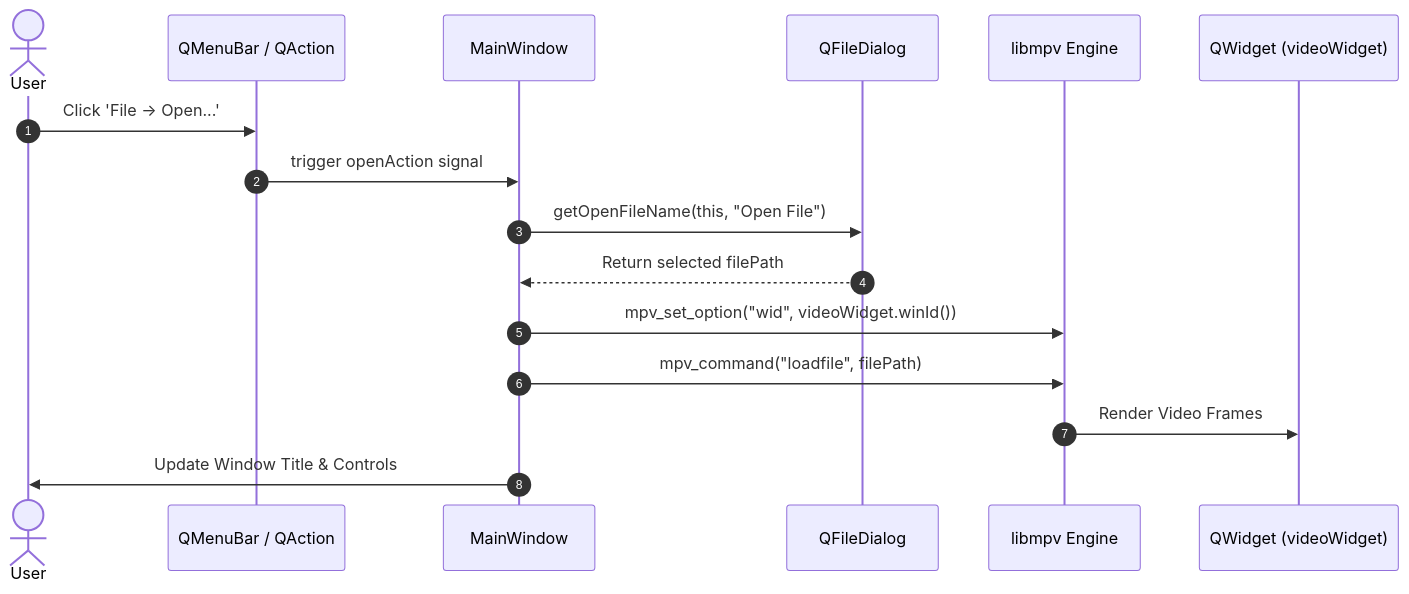
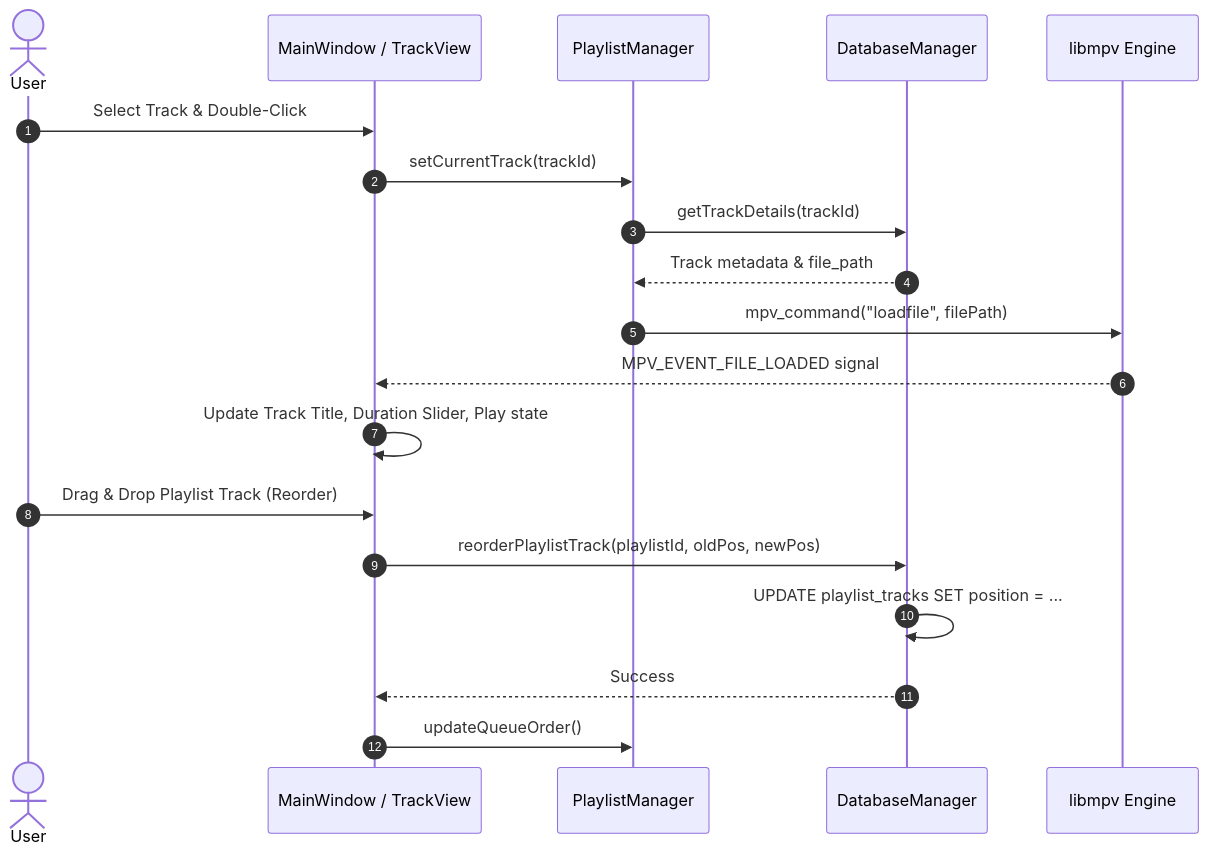
The sixth of 6 diagrams in docs/DESIGN.md (ziq3/music-player), drawn with Mermaid before and after one commit. The commit also changed other lines of this file and 2 other files, not shown here.

Commit message:
docs: change architecture diagrams, AGENTS.md, and SKILLS.md

````diff
--- a/docs/DESIGN.md
+++ b/docs/DESIGN.md
@@ -116,19 +194,23 @@
 ```mermaid
 sequenceDiagram
     autonumber
     actor User
-    participant MenuBar as QMenuBar / QAction
-    participant MW as MainWindow
-    participant Dialog as QFileDialog
+    participant UI as MainWindow / TrackView
+    participant PM as PlaylistManager
+    participant DB as DatabaseManager
     participant MPV as libmpv Engine
-    participant VideoWidget as QWidget (videoWidget)
 
-    User->>MenuBar: Click 'File -> Open...'
-    MenuBar->>MW: trigger openAction signal
-    MW->>Dialog: getOpenFileName(this, "Open File")
-    Dialog-->>MW: Return selected filePath
-    MW->>MPV: mpv_set_option("wid", videoWidget.winId())
-    MW->>MPV: mpv_command("loadfile", filePath)
-    MPV->>VideoWidget: Render Video Frames
-    MW->>User: Update Window Title & Controls
+    User->>UI: Select Track & Double-Click
+    UI->>PM: setCurrentTrack(trackId)
+    PM->>DB: getTrackDetails(trackId)
+    DB-->>PM: Track metadata & file_path
+    PM->>MPV: mpv_command("loadfile", filePath)
+    MPV-->>UI: MPV_EVENT_FILE_LOADED signal
+    UI->>UI: Update Track Title, Duration Slider, Play state
+
+    User->>UI: Drag & Drop Playlist Track (Reorder)
+    UI->>DB: reorderPlaylistTrack(playlistId, oldPos, newPos)
+    DB->>DB: UPDATE playlist_tracks SET position = ...
+    DB-->>UI: Success
+    UI->>PM: updateQueueOrder()
 ```
````
